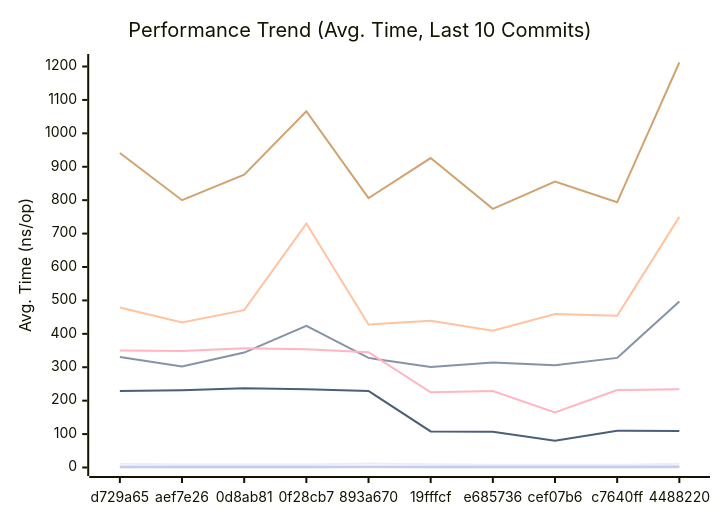
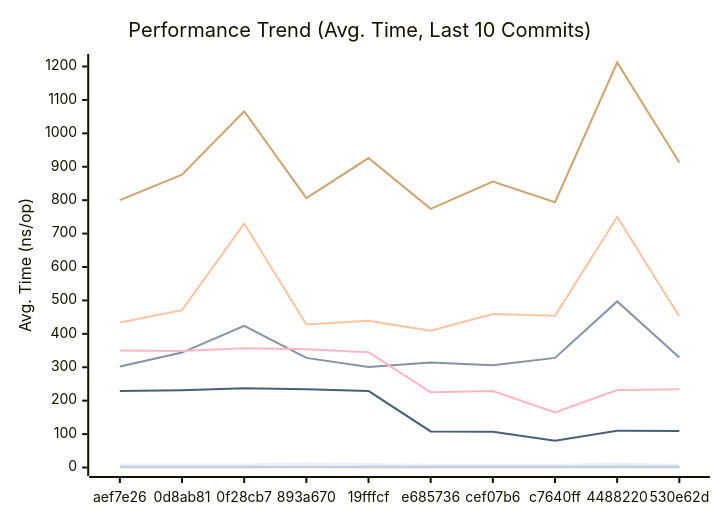
One commit to alsotoes/momo changed the first of 3 diagrams in docs/PERFORMANCE.md. Above: the diagram before and after it, drawn with Mermaid. The commit also changed other lines of this file and 10 other files, not shown here.

````diff
--- a/docs/PERFORMANCE.md
+++ b/docs/PERFORMANCE.md
@@ -80,16 +80,16 @@
 ```mermaid
 xychart-beta
     title "Performance Trend (Avg. Time, Last 10 Commits)"
     x-axis "Commit"
     y-axis "Avg. Time (ns/op)"
-    x-axis [d729a65,aef7e26,0d8ab81,0f28cb7,893a670,19fffcf,e685736,cef07b6,c7640ff,4488220]
-    line "CheckMetricsAndSwap" [11,9,9,9,12,10,8,8,8,11]
-    line "CrushOptimized" [331,302,344,424,328,301,314,306,328,497]
-    line "CrushOriginal" [479,434,471,730,428,439,409,459,454,750]
-    line "IndexDirectTracking" [0,0,0,0,1,0,0,0,0,1]
+    x-axis [aef7e26,0d8ab81,0f28cb7,893a670,19fffcf,e685736,cef07b6,c7640ff,4488220,530e62d]
+    line "CheckMetricsAndSwap" [9,9,9,12,10,8,8,8,11,8]
+    line "CrushOptimized" [302,344,424,328,301,314,306,328,497,329]
+    line "CrushOriginal" [434,471,730,428,439,409,459,454,750,452]
+    line "IndexDirectTracking" [0,0,0,1,0,0,0,0,1,0]
     line "IndexSearch" [2,2,2,2,2,2,2,2,2,2]
-    line "LoadGlobalConfig" [941,800,876,1066,806,926,774,856,794,1212]
-    line "PadString" [2,2,2,2,2,2,2,2,2,3]
+    line "LoadGlobalConfig" [800,876,1066,806,926,774,856,794,1212,913]
+    line "PadString" [2,2,2,2,2,2,2,2,3,2]
     line "ParseReplicationOrder_NoPrealloc" [350,349,357,354,345,225,229,165,232,234]
     line "ParseReplicationOrder_Prealloc" [229,231,237,234,229,108,107,80,110,109]
 ```
````
